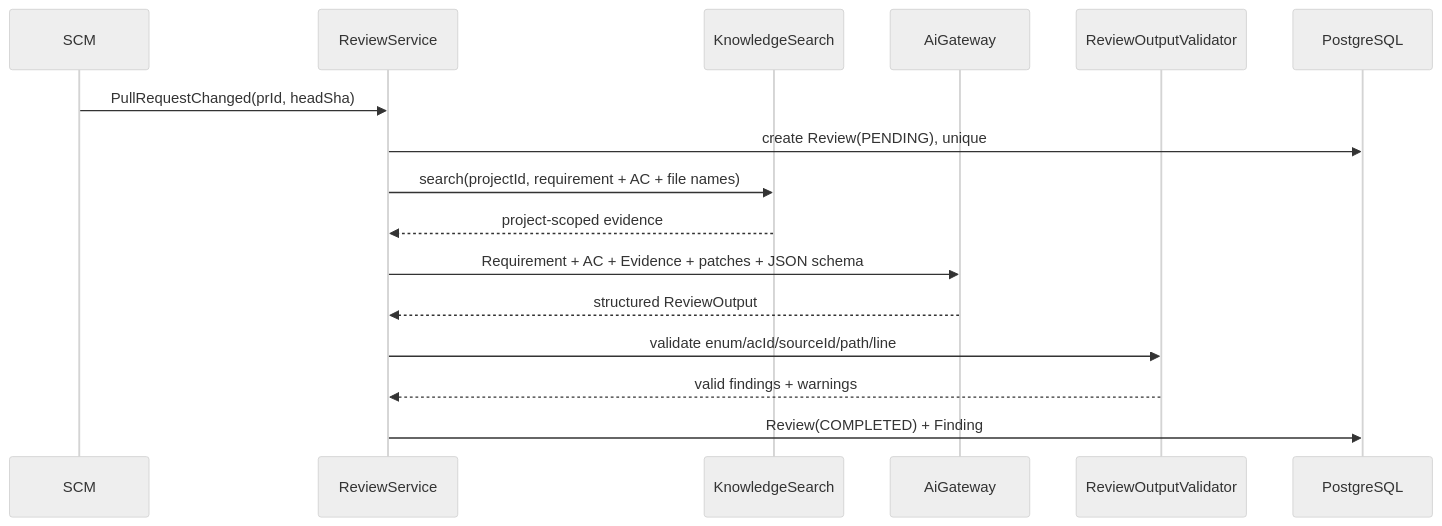
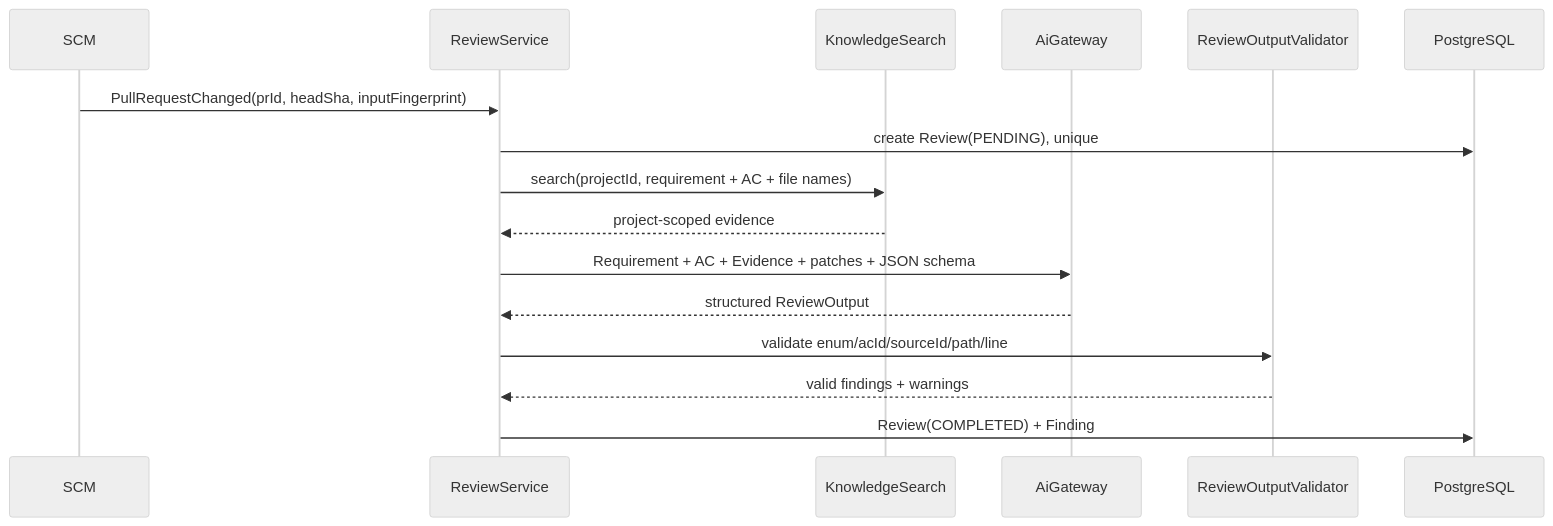
The third of 3 diagrams in docs/v2/ARCHITECTURE.md (LinYsssss/ForgePilot), drawn with Mermaid (neutral theme) before and after one commit. The commit also changed other lines of this file and 25 other files, not shown here.

````diff
--- a/docs/v2/ARCHITECTURE.md
+++ b/docs/v2/ARCHITECTURE.md
@@ -190,19 +303,19 @@
 ```mermaid
 sequenceDiagram
     participant SCM
     participant R as ReviewService
     participant K as KnowledgeSearch
     participant A as AiGateway
     participant V as ReviewOutputValidator
     participant D as PostgreSQL
 
-    SCM->>R: PullRequestChanged(prId, headSha)
+    SCM->>R: PullRequestChanged(prId, headSha, inputFingerprint)
     R->>D: create Review(PENDING), unique
     R->>K: search(projectId, requirement + AC + file names)
     K-->>R: project-scoped evidence
     R->>A: Requirement + AC + Evidence + patches + JSON schema
     A-->>R: structured ReviewOutput
     R->>V: validate enum/acId/sourceId/path/line
     V-->>R: valid findings + warnings
     R->>D: Review(COMPLETED) + Finding
 ```
````
